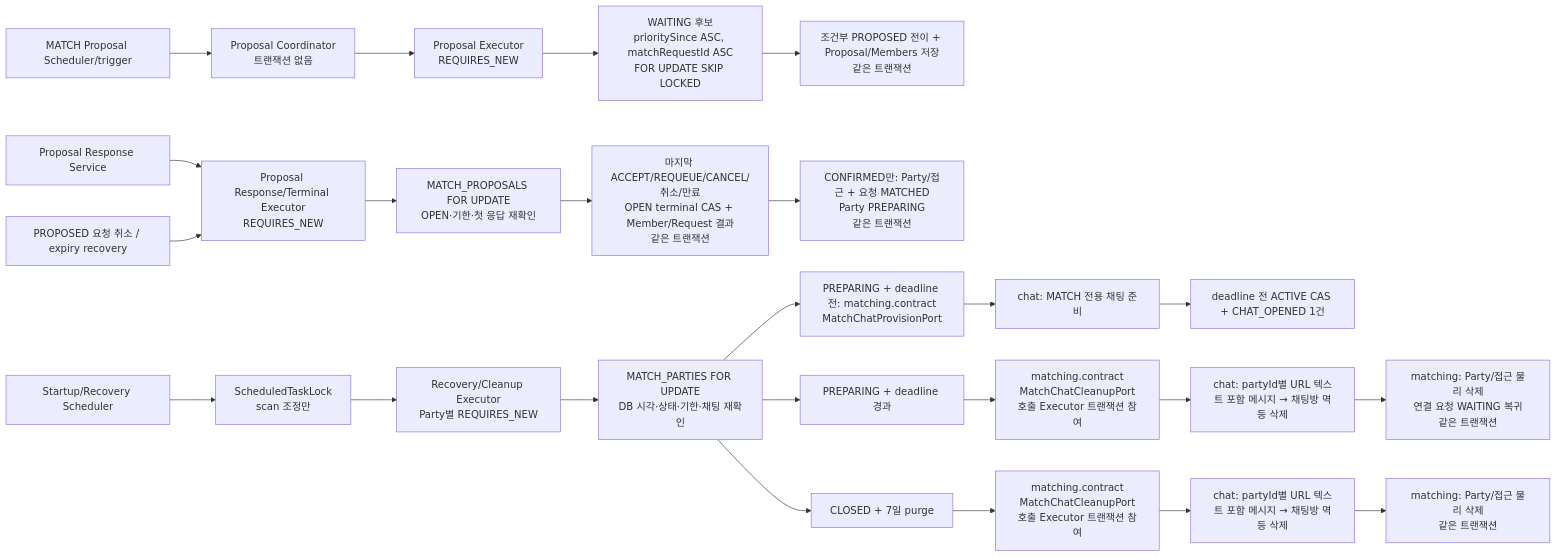
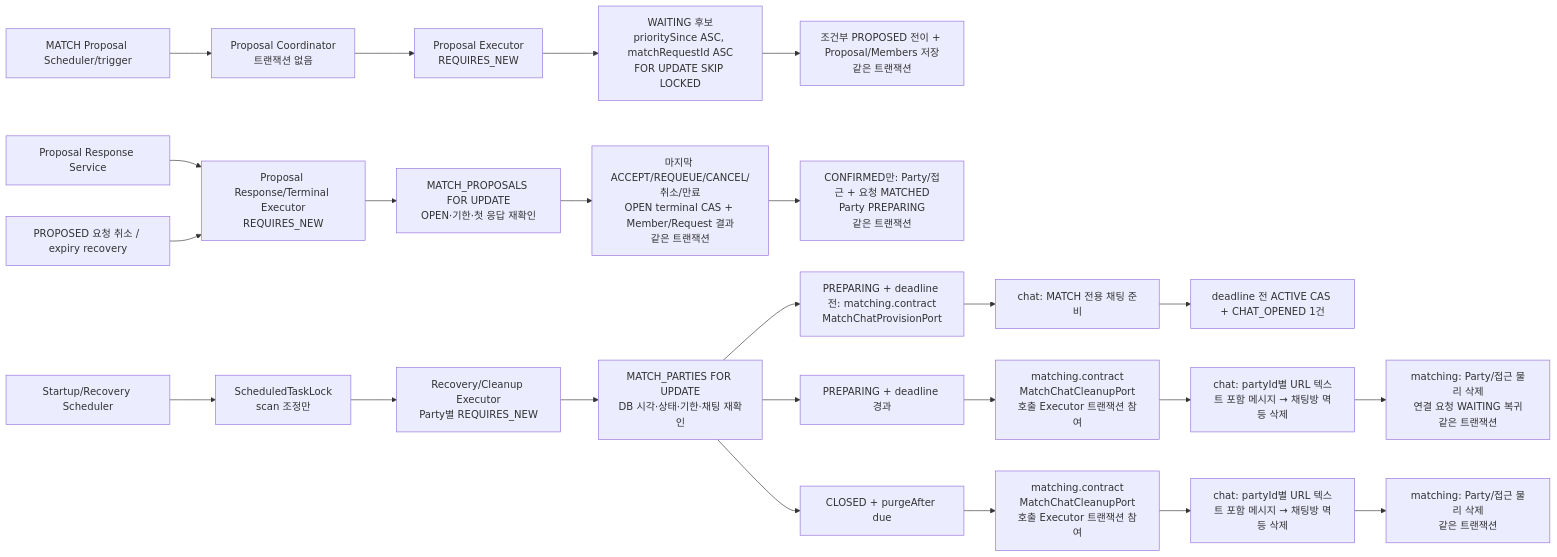
One commit to bamsongi-club/albam-mate changed the eighth of 9 diagrams in docs/ARCHITECTURE.md. Above: the diagram before and after it, drawn with Mermaid. The commit also changed other lines of this file and 9 other files, not shown here.

````diff
--- a/docs/ARCHITECTURE.md
+++ b/docs/ARCHITECTURE.md
@@ -415,26 +415,26 @@
 ```mermaid
 flowchart LR
     matcher["MATCH Proposal Scheduler/trigger"] --> coordinator["Proposal Coordinator<br/>트랜잭션 없음"]
     coordinator --> proposalExecutor["Proposal Executor<br/>REQUIRES_NEW"]
     proposalExecutor --> claim["WAITING 후보<br/>prioritySince ASC, matchRequestId ASC<br/>FOR UPDATE SKIP LOCKED"]
     claim --> proposalWrite["조건부 PROPOSED 전이 + Proposal/Members 저장<br/>같은 트랜잭션"]
     response["Proposal Response Service"] --> responseExecutor["Proposal Response/Terminal Executor<br/>REQUIRES_NEW"]
     requestCancel["PROPOSED 요청 취소 / expiry recovery"] --> responseExecutor
     responseExecutor --> proposalLock["MATCH_PROPOSALS FOR UPDATE<br/>OPEN·기한·첫 응답 재확인"]
     proposalLock --> terminal["마지막 ACCEPT/REQUEUE/CANCEL/취소/만료<br/>OPEN terminal CAS + Member/Request 결과<br/>같은 트랜잭션"]
     terminal --> finalize["CONFIRMED만: Party/접근 + 요청 MATCHED<br/>Party PREPARING<br/>같은 트랜잭션"]
     recoveryScheduler["Startup/Recovery Scheduler"] --> schedulerLock["ScheduledTaskLock<br/>scan 조정만"]
     schedulerLock --> recovery["Recovery/Cleanup Executor<br/>Party별 REQUIRES_NEW"]
     recovery --> partyLock["MATCH_PARTIES FOR UPDATE<br/>DB 시각·상태·기한·채팅 재확인"]
     partyLock --> provisionPort["PREPARING + deadline 전: matching.contract<br/>MatchChatProvisionPort"]
     provisionPort --> matchChat["chat: MATCH 전용 채팅 준비"]
     matchChat --> active["deadline 전 ACTIVE CAS + CHAT_OPENED 1건"]
     partyLock --> preparingFailure["PREPARING + deadline 경과"]
     preparingFailure --> preparingCleanupPort["matching.contract<br/>MatchChatCleanupPort<br/>호출 Executor 트랜잭션 참여"]
     preparingCleanupPort --> preparingChatCleanup["chat: partyId별 URL 텍스트 포함 메시지 → 채팅방 멱등 삭제"]
     preparingChatCleanup --> failed["matching: Party/접근 물리 삭제<br/>연결 요청 WAITING 복귀<br/>같은 트랜잭션"]
-    partyLock --> closedPurge["CLOSED + 7일 purge"]
+    partyLock --> closedPurge["CLOSED + purgeAfter due"]
     closedPurge --> closedCleanupPort["matching.contract<br/>MatchChatCleanupPort<br/>호출 Executor 트랜잭션 참여"]
     closedCleanupPort --> closedChatCleanup["chat: partyId별 URL 텍스트 포함 메시지 → 채팅방 멱등 삭제"]
     closedChatCleanup --> purged["matching: Party/접근 물리 삭제<br/>같은 트랜잭션"]
 ```
````
